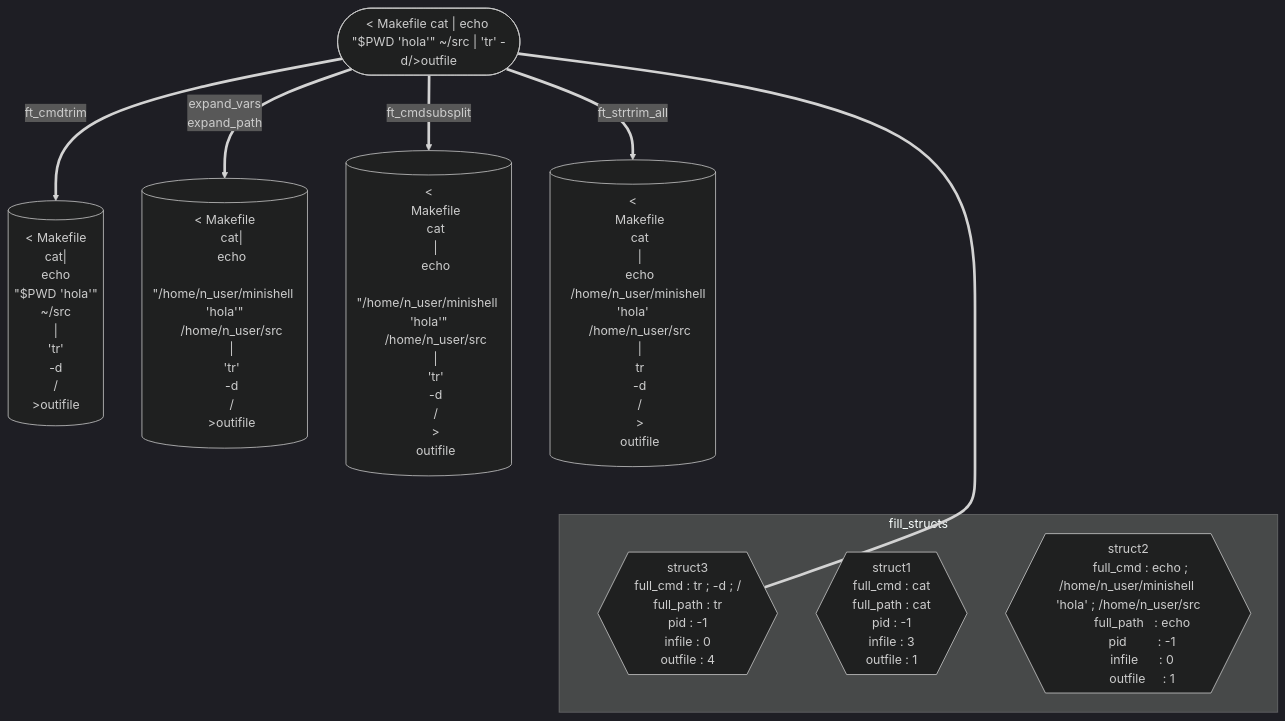
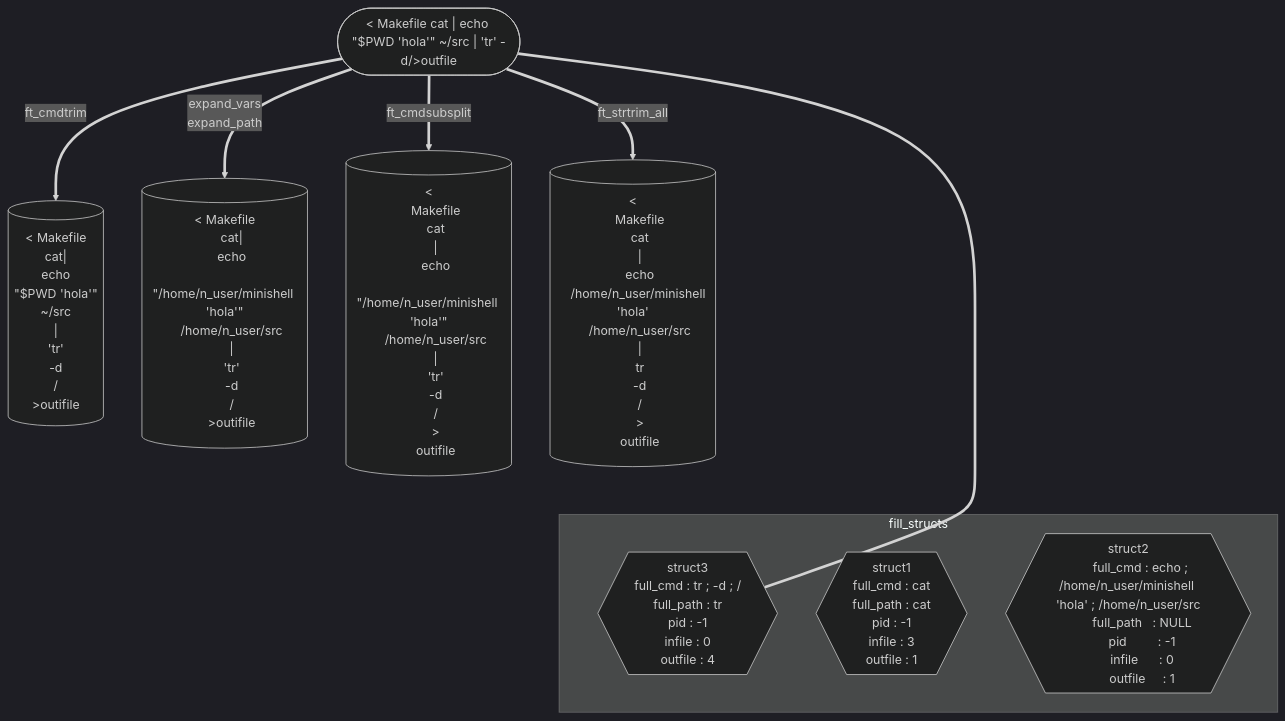
One commit to faleite/42_minishell changed the first of 2 diagrams in README.md. Above: the diagram before and after it, drawn with Mermaid. The commit also changed 48 other files, not shown here.

````diff
--- a/README.md
+++ b/README.md
@@ -179,81 +179,81 @@
 ```mermaid
 ---
 noteAlign: left
 ---
 %%{ init: { "theme": 'dark', "nodeAlignment": 'left' } }%%
 graph TB
     A(["< Makefile cat | echo #quot;$PWD 'hola'#quot; ~/src | 'tr' -d/>outfile"])
     B[("< Makefile
     cat|
     echo
     #quot;$PWD 'hola'#quot;
     ~/src
     |
     'tr'
     -d
     /
     >outifile")]
     C[("< Makefile
     cat|
     echo
     #quot;/home/n_user/minishell 'hola'#quot;
     /home/n_user/src
     |
     'tr'
     -d
     /
     >outifile")]
     D[("<
     Makefile
     cat
     |
     echo
     #quot;/home/n_user/minishell 'hola'#quot;
     /home/n_user/src
     |
     'tr'
     -d
     /
     >
     outifile")]
     E[("<
     Makefile
     cat
     |
     echo
     /home/n_user/minishell 'hola'
     /home/n_user/src
     |
     tr
     -d
     /
     >
     outifile")]
     A ==ft_cmdtrim==> B
     A =="expand_vars
     expand_path"==> C
     A ==ft_cmdsubsplit==> D
     A ==ft_strtrim_all==> E
     E ~~~ H
     A === H
     subgraph fill_structs
         F{{"struct1
         full_cmd : cat
         full_path   : cat
         pid         : -1
         infile      : 3
         outfile     : 1"}}
         G{{"struct2
         full_cmd : echo ; /home/n_user/minishell 'hola' ; /home/n_user/src
-        full_path   : echo
+        full_path   : NULL
         pid         : -1
         infile      : 0
         outfile     : 1"}}
         H{{"struct3
         full_cmd : tr ; -d ; /
         full_path   : tr
         pid         : -1
         infile      : 0
         outfile     : 4"}}
     end
 ```
````
